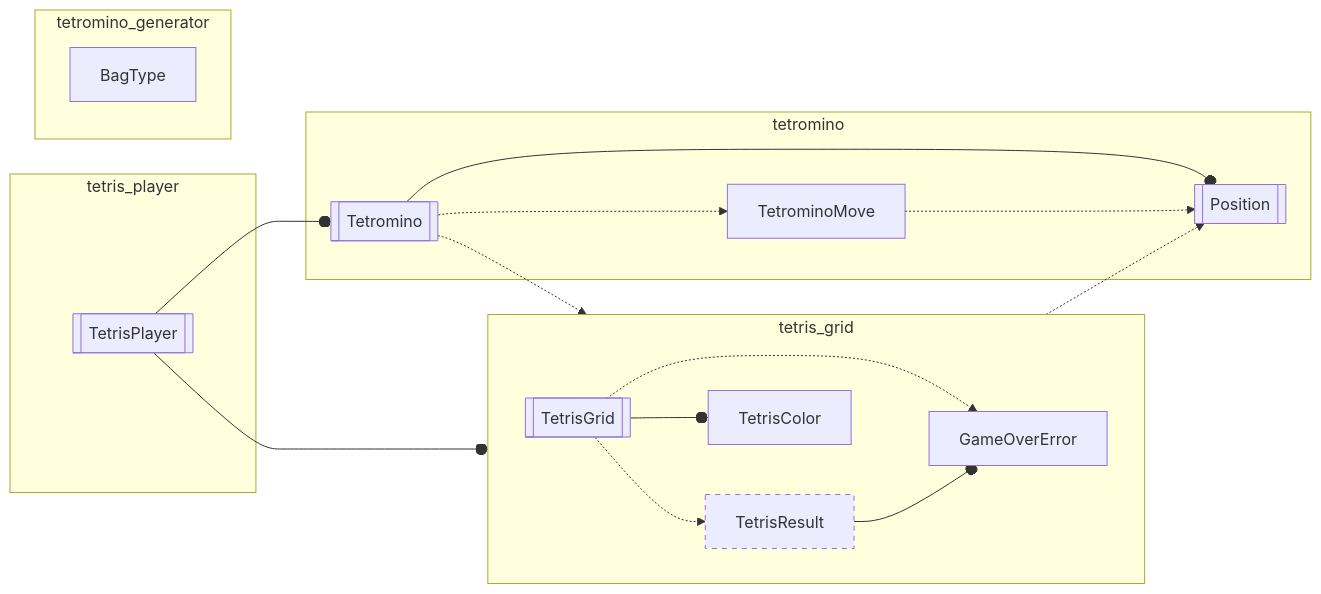
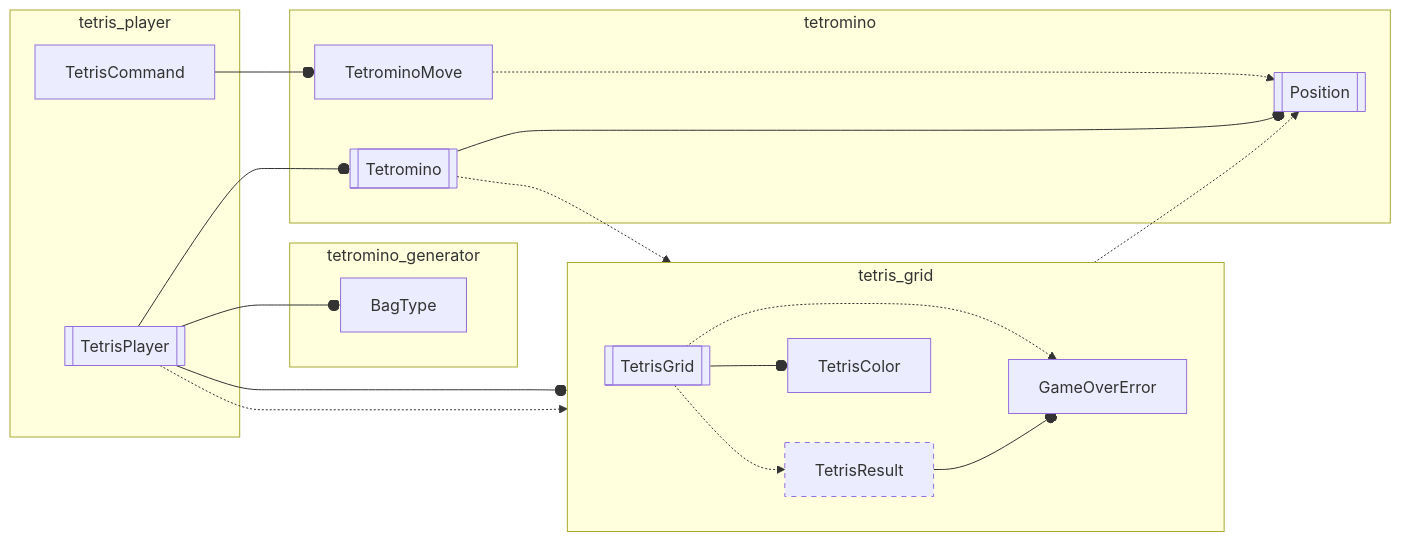
Before and after one commit to inesvar/tetris: the diagram in tetris_core/src/tetris_core.mmd, drawn with Mermaid. The commit also changed 4 other files, not shown here.

Commit message:
Update tetris_core schematic

```diff
--- a/tetris_core/src/tetris_core.mmd
+++ b/tetris_core/src/tetris_core.mmd
@@ -1,39 +1,43 @@
 graph LR
     %% objects
+    BagType[BagType]
     TetrominoMove[TetrominoMove]
     TetrisGrid[[TetrisGrid]]
     GameOverError[GameOverError]
     TetrisResult[TetrisResult]
     Tetromino[[Tetromino]]
     Position[[Position]]
     TetrisColor[TetrisColor]
-    BagType[BagType]
     TetrisPlayer[[TetrisPlayer]]
+    TetrisCommand[TetrisCommand]
 
     subgraph tetris_player
         TetrisPlayer
+        TetrisCommand
     end
     TetrisPlayer --o TetrisGrid
     TetrisPlayer --o Tetromino
+    TetrisCommand --o TetrominoMove
+    TetrisPlayer -.-> TetrisResult
+    TetrisPlayer --o BagType
 
     subgraph tetromino_generator
         BagType
     end
 
     subgraph tetris_grid
         direction LR
         TetrisGrid -.-> GameOverError
         TetrisGrid -.-> TetrisResult
         TetrisResult --o GameOverError
         TetrisGrid --o TetrisColor
     end
     Tetromino -.-> tetris_grid
     TetrisGrid -.-> Position
 
     subgraph tetromino
+        TetrominoMove -.-> Position
         Tetromino --o Position
-        TetrominoMove -.-> Position
-        Tetromino -.-> TetrominoMove
     end
 
     style TetrisResult stroke-dasharray: 5 5;
```
